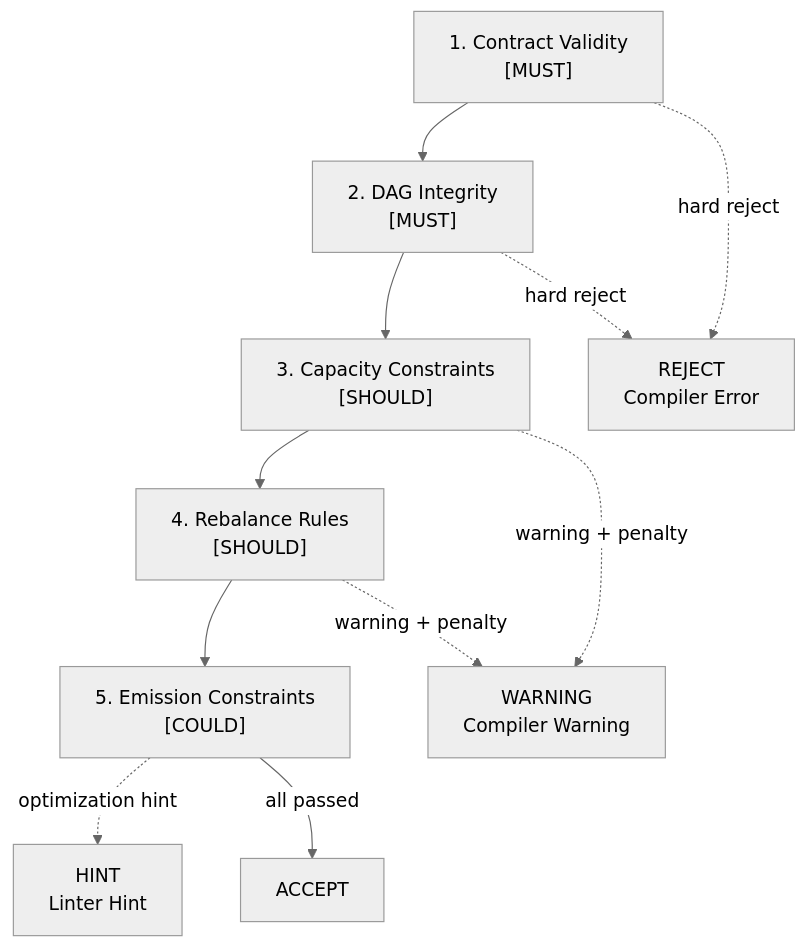
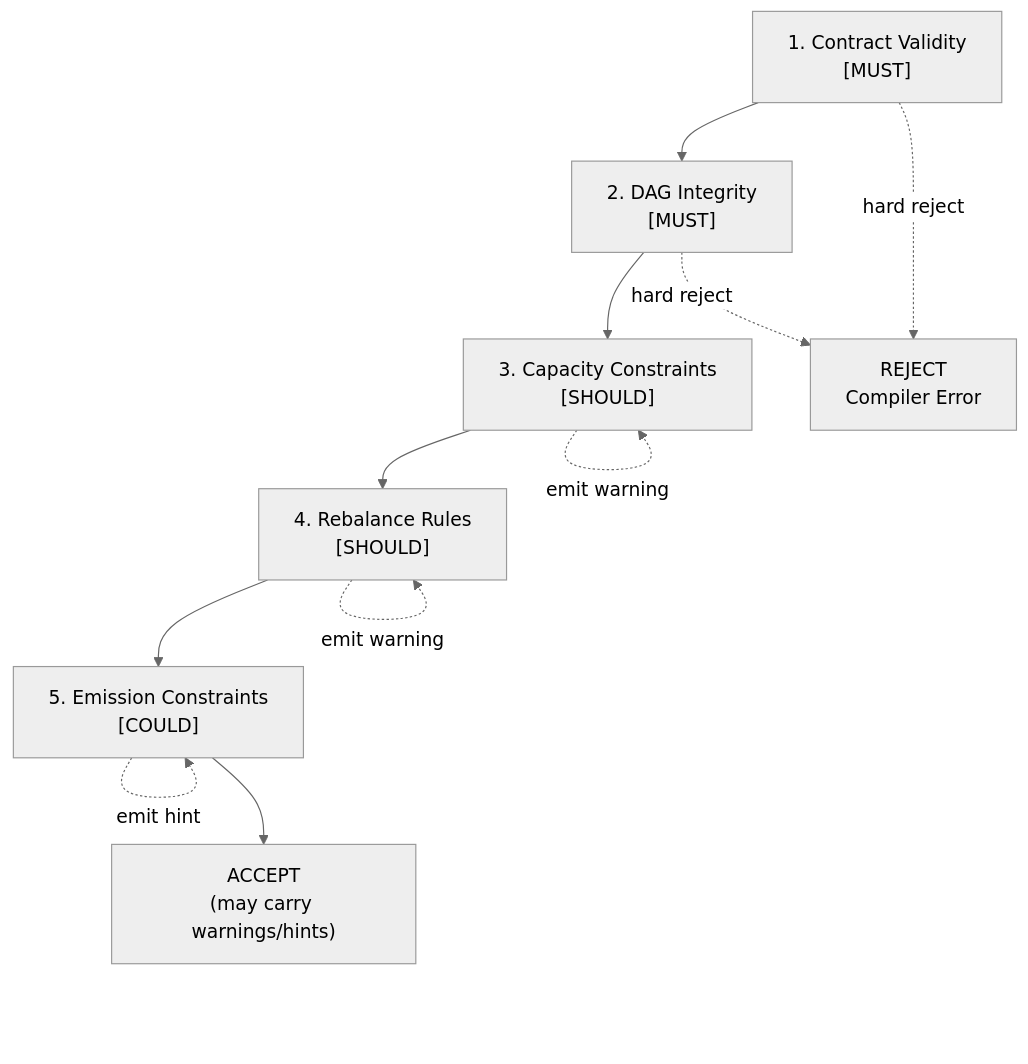
The diagram in docs/diagrams/policy-eval-pipeline.mmd (flyingrobots/xyph), drawn with Mermaid (neutral theme) before and after one commit. The commit also changed 42 other files, not shown here.

First line of the commit message:
fix: address PR review feedback — docs, diagrams, keyring validation (WVR-006)

```diff
--- a/docs/diagrams/policy-eval-pipeline.mmd
+++ b/docs/diagrams/policy-eval-pipeline.mmd
@@ -1,11 +1,11 @@
 flowchart TD
     A["1. Contract Validity\n[MUST]"] --> B["2. DAG Integrity\n[MUST]"]
     B --> C["3. Capacity Constraints\n[SHOULD]"]
     C --> D["4. Rebalance Rules\n[SHOULD]"]
     D --> E["5. Emission Constraints\n[COULD]"]
     A -. "hard reject" .-> FAIL["REJECT\nCompiler Error"]
     B -. "hard reject" .-> FAIL
-    C -. "warning + penalty" .-> WARN["WARNING\nCompiler Warning"]
-    D -. "warning + penalty" .-> WARN
-    E -. "optimization hint" .-> HINT["HINT\nLinter Hint"]
-    E -- "all passed" --> ACCEPT["ACCEPT"]
+    C -. "emit warning" .-> C
+    D -. "emit warning" .-> D
+    E -. "emit hint" .-> E
+    E --> ACCEPT["ACCEPT\n(may carry warnings/hints)"]
```
